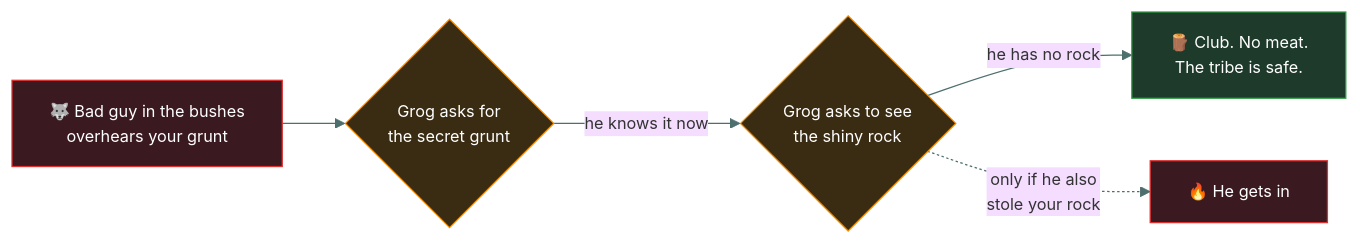
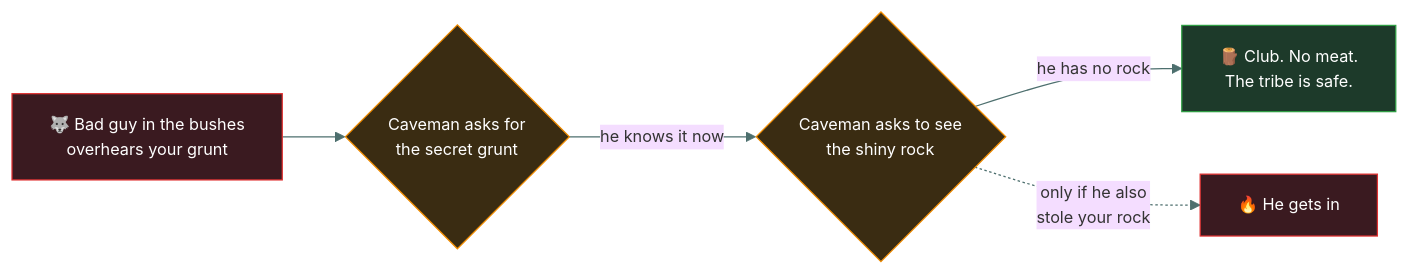
Before and after one commit to tarunTejaDesireddy/cc-exam-prep: the second of 3 diagrams in 01-security-principles/authentication/README.md, drawn with Mermaid. The commit also changed other lines of this file and 1 other file, not shown here.

First line of the commit message:
Rename the guard from Grog to the caveman

````diff
--- a/01-security-principles/authentication/README.md
+++ b/01-security-principles/authentication/README.md
@@ -94,15 +95,15 @@
 ```mermaid
 %%{init: {'theme':'base','themeVariables':{'fontFamily':'Segoe UI, Helvetica Neue, Arial, sans-serif','fontSize':'13px','lineColor':'#4d6f6e','textColor':'#dbe7e6'}}}%%
 flowchart LR
     BAD["🐺 Bad guy in the bushes<br/>overhears your grunt"]
-    BAD --> G1{"Grog asks for<br/>the secret grunt"}
-    G1 -->|"he knows it now"| G2{"Grog asks to see<br/>the shiny rock"}
+    BAD --> G1{"Caveman asks for<br/>the secret grunt"}
+    G1 -->|"he knows it now"| G2{"Caveman asks to see<br/>the shiny rock"}
     G2 -->|"he has no rock"| CLUB["🪵 Club. No meat.<br/>The tribe is safe."]
     G2 -.->|"only if he also<br/>stole your rock"| GOT["🔥 He gets in"]
 
     style BAD fill:#3a1a20,stroke:#E03131,color:#fff
     style G1 fill:#3a2c12,stroke:#F08C00,color:#fff
     style G2 fill:#3a2c12,stroke:#F08C00,color:#fff
     style CLUB fill:#1d3a2a,stroke:#2F9E44,color:#fff
     style GOT fill:#3a1a20,stroke:#E03131,color:#fff
 ```
````
